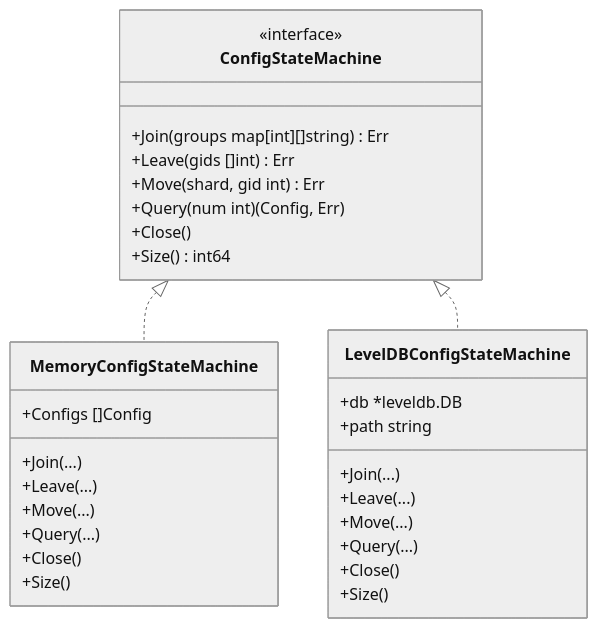
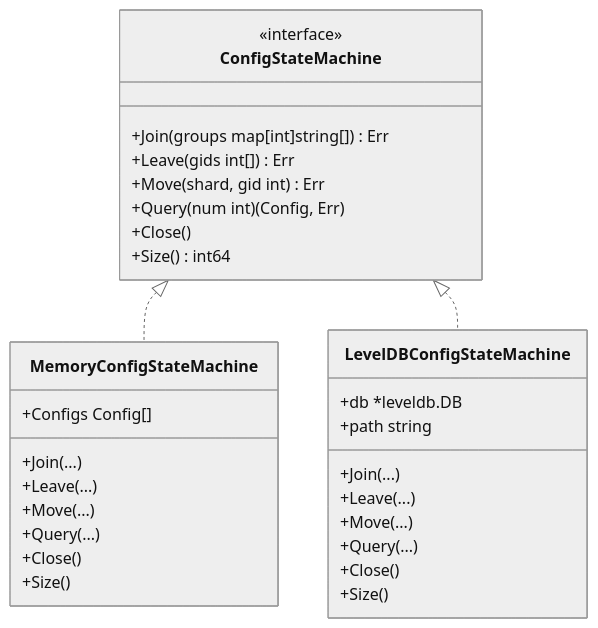
One commit to eraft-io/eraft changed the fifth of 8 diagrams in wiki/应用程序入口点/配置控制器客户端.md. Above: the diagram before and after it, drawn with Mermaid (neutral theme). The commit also changed other lines of this file and 35 other files, not shown here.

````diff
--- a/wiki/应用程序入口点/配置控制器客户端.md
+++ b/wiki/应用程序入口点/配置控制器客户端.md
@@ -183,33 +183,33 @@
 ```mermaid
 classDiagram
 class ConfigStateMachine {
 <<interface>>
-+Join(groups map[int][]string) Err
-+Leave(gids []int) Err
++Join(groups map[int]string[]) Err
++Leave(gids int[]) Err
 +Move(shard, gid int) Err
 +Query(num int) (Config, Err)
 +Close()
 +Size() int64
 }
 class MemoryConfigStateMachine {
-+Configs []Config
++Configs Config[]
 +Join(...)
 +Leave(...)
 +Move(...)
 +Query(...)
 +Close()
 +Size()
 }
 class LevelDBConfigStateMachine {
 +db *leveldb.DB
 +path string
 +Join(...)
 +Leave(...)
 +Move(...)
 +Query(...)
 +Close()
 +Size()
 }
 ConfigStateMachine <|.. MemoryConfigStateMachine
 ConfigStateMachine <|.. LevelDBConfigStateMachine
 ```
````
